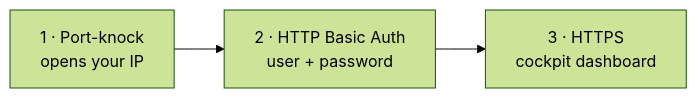
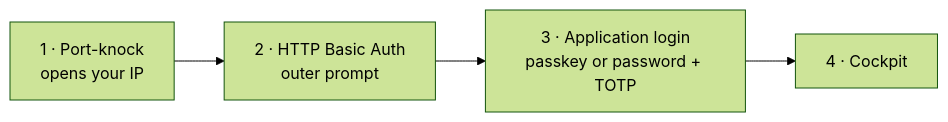
The diagram in docs/accessing-the-cockpit.md (tts-empire/spawnwp), drawn with Mermaid (forest theme) before and after one commit. The commit also changed other lines of this file and 49 other files, not shown here.

````diff
--- a/docs/accessing-the-cockpit.md
+++ b/docs/accessing-the-cockpit.md
@@ -6,4 +6,4 @@
 ```mermaid
 flowchart LR
-    A[1 · Port-knock<br/>opens your IP] --> B[2 · HTTP Basic Auth<br/>user + password] --> C[3 · HTTPS<br/>cockpit dashboard]
+    A[1 · Port-knock<br/>opens your IP] --> B[2 · HTTP Basic Auth<br/>outer prompt] --> C[3 · Application login<br/>passkey or password + TOTP] --> D[4 · Cockpit]
 ```
````
